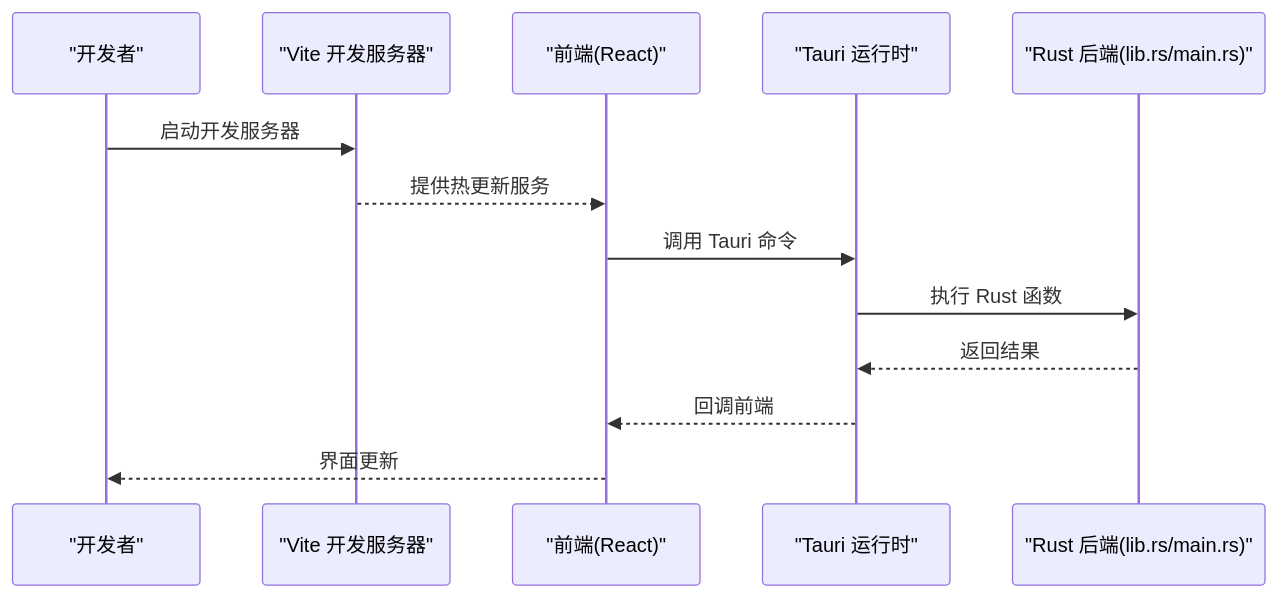
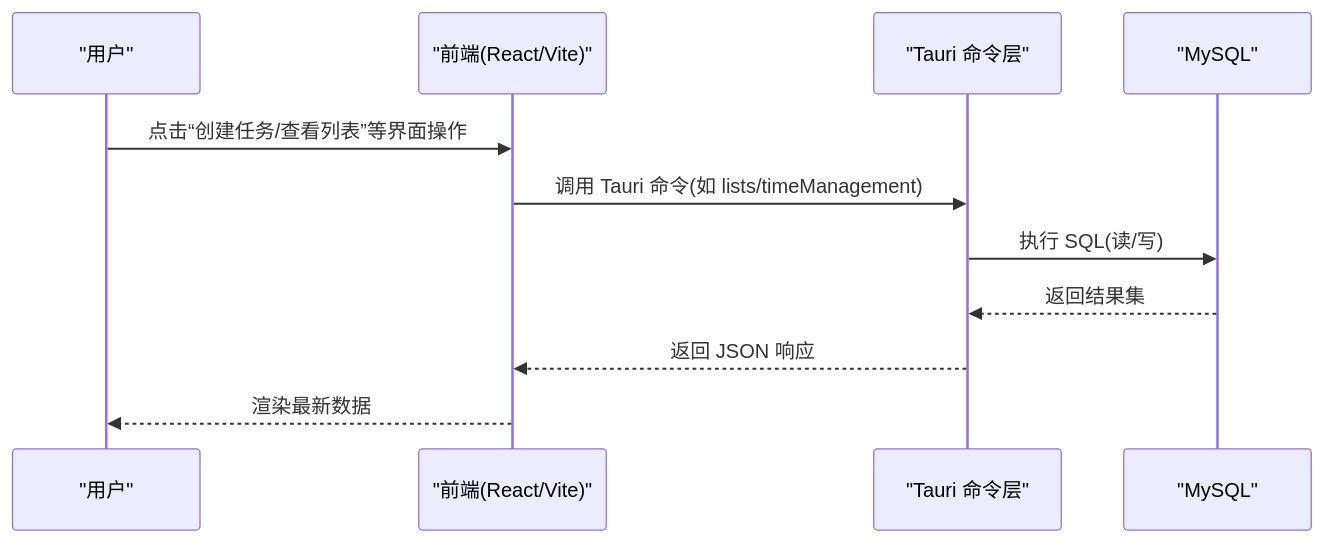
The second of 3 diagrams in .qoder/repowiki/zh/content/项目概述/快速开始.md (gzdxhujiale/FishWorker), drawn with Mermaid before and after one commit. The commit also changed other lines of this file and 238 other files, not shown here.

````diff
--- a/.qoder/repowiki/zh/content/项目概述/快速开始.md
+++ b/.qoder/repowiki/zh/content/项目概述/快速开始.md
@@ -102,15 +92,13 @@
 ```mermaid
 sequenceDiagram
-participant Dev as "开发者"
-participant Vite as "Vite 开发服务器"
-participant FE as "前端(React)"
-participant Tauri as "Tauri 运行时"
-participant Rust as "Rust 后端(lib.rs/main.rs)"
-Dev->>Vite : 启动开发服务器
-Vite-->>FE : 提供热更新服务
-FE->>Tauri : 调用 Tauri 命令
-Tauri->>Rust : 执行 Rust 函数
-Rust-->>Tauri : 返回结果
-Tauri-->>FE : 回调前端
-FE-->>Dev : 界面更新
+participant U as "用户"
+participant FE as "前端(React/Vite)"
+participant TA as "Tauri 命令层"
+participant DB as "MySQL"
+U->>FE : 点击“创建任务/查看列表”等界面操作
+FE->>TA : 调用 Tauri 命令(如 lists/timeManagement)
+TA->>DB : 执行 SQL(读/写)
+DB-->>TA : 返回结果集
+TA-->>FE : 返回 JSON 响应
+FE-->>U : 渲染最新数据
 ```
````
